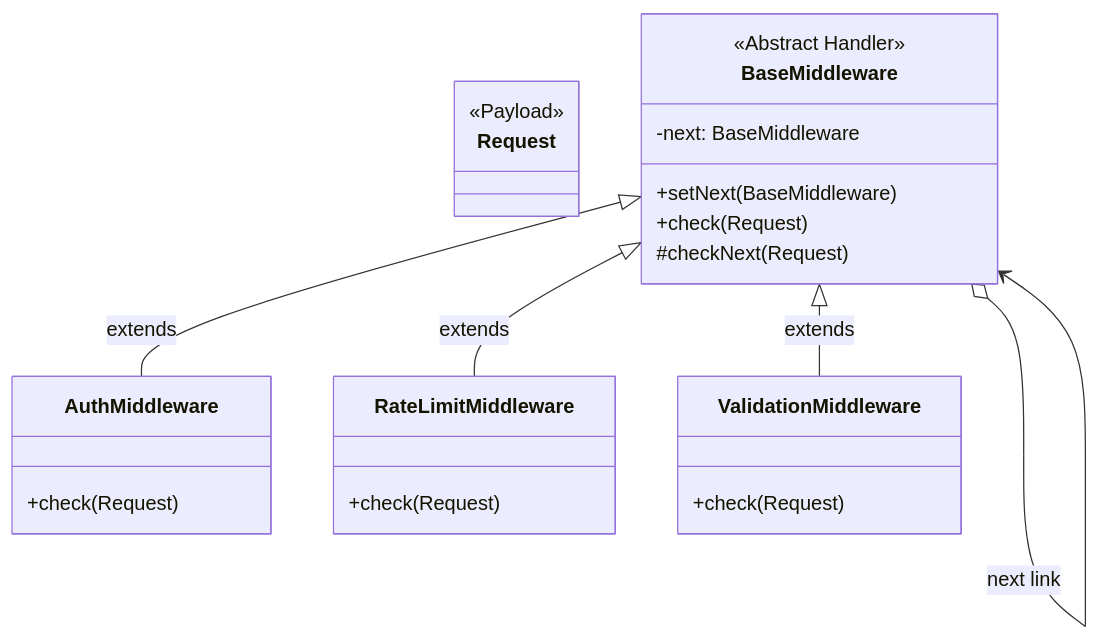
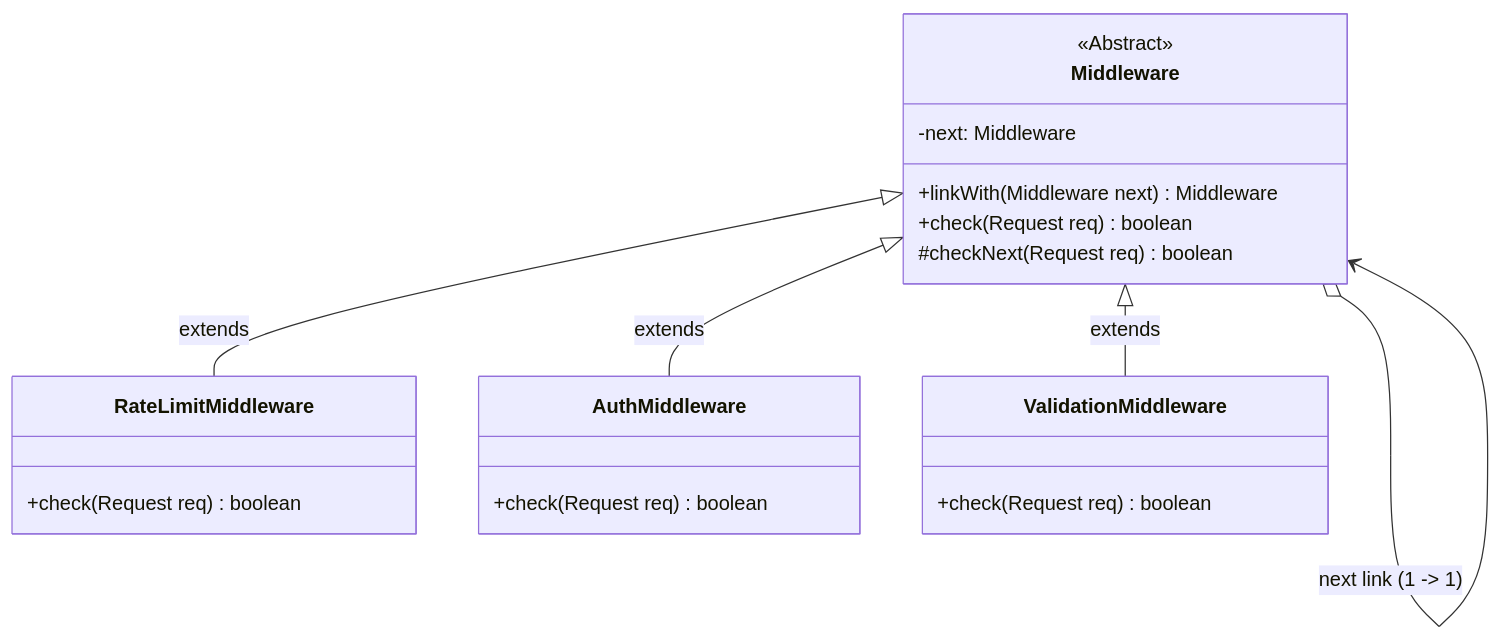
The first of 2 diagrams in lld/03-Behavioral/04-Chain of Responsibility Design Pattern/README.md (prasenjeet-0322/engineering-design-vault), drawn with Mermaid before and after one commit. The commit also changed other lines of this file and 78 other files, not shown here.

````diff
--- a/lld/03-Behavioral/04-Chain of Responsibility Design Pattern/README.md
+++ b/lld/03-Behavioral/04-Chain of Responsibility Design Pattern/README.md
@@ -29,31 +26,27 @@
 ```mermaid
 classDiagram
-    class Request {
-        <<Payload>>
+    class Middleware {
+        <<Abstract>>
+        -next: Middleware
+        +linkWith(Middleware next) Middleware
+        +check(Request req) boolean
+        #checkNext(Request req) boolean
     }
 
-    class BaseMiddleware {
-        <<Abstract Handler>>
-        -next: BaseMiddleware
-        +setNext(BaseMiddleware)
-        +check(Request)
-        #checkNext(Request)
+    class RateLimitMiddleware {
+        +check(Request req) boolean
     }
 
     class AuthMiddleware {
-        +check(Request)
-    }
-    
-    class RateLimitMiddleware {
-        +check(Request)
-    }
-    
-    class ValidationMiddleware {
-        +check(Request)
+        +check(Request req) boolean
     }
 
-    BaseMiddleware o--> BaseMiddleware : next link
-    BaseMiddleware <|-- AuthMiddleware : extends
-    BaseMiddleware <|-- RateLimitMiddleware : extends
-    BaseMiddleware <|-- ValidationMiddleware : extends
+    class ValidationMiddleware {
+        +check(Request req) boolean
+    }
+
+    Middleware o--> Middleware : next link (1 -> 1)
+    Middleware <|-- RateLimitMiddleware : extends
+    Middleware <|-- AuthMiddleware : extends
+    Middleware <|-- ValidationMiddleware : extends
 ```
````
